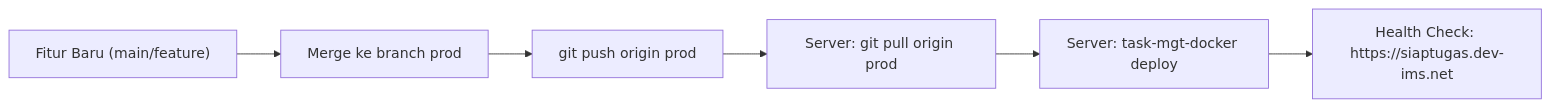
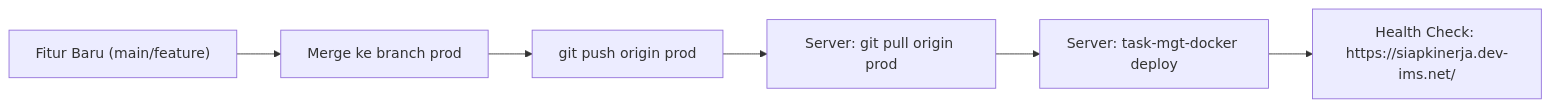
One commit to TatangRustama/task_mgt changed the diagram in docs/DEPLOYMENT.md. Above: the diagram before and after it, drawn with Mermaid. The commit also changed other lines of this file and 2 other files, not shown here.

Commit message:
docs: update production domain to siapkinerja.dev-ims.net

````diff
--- a/docs/DEPLOYMENT.md
+++ b/docs/DEPLOYMENT.md
@@ -28,8 +28,8 @@
 ```mermaid
 flowchart LR
     A["Fitur Baru (main/feature)"] --> B["Merge ke branch prod"]
     B --> C["git push origin prod"]
     C --> D["Server: git pull origin prod"]
     D --> E["Server: task-mgt-docker deploy"]
-    E --> F["Health Check: https://siaptugas.dev-ims.net"]
+    E --> F["Health Check: https://siapkinerja.dev-ims.net/"]
 ```
````
